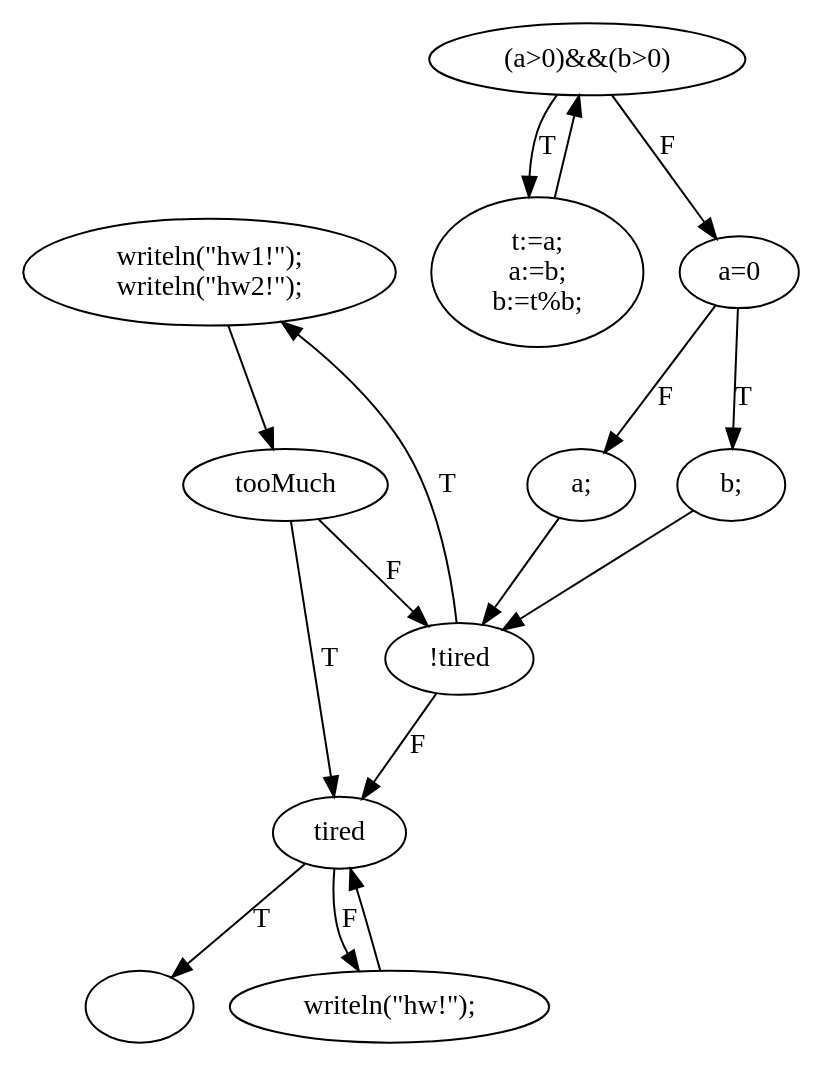
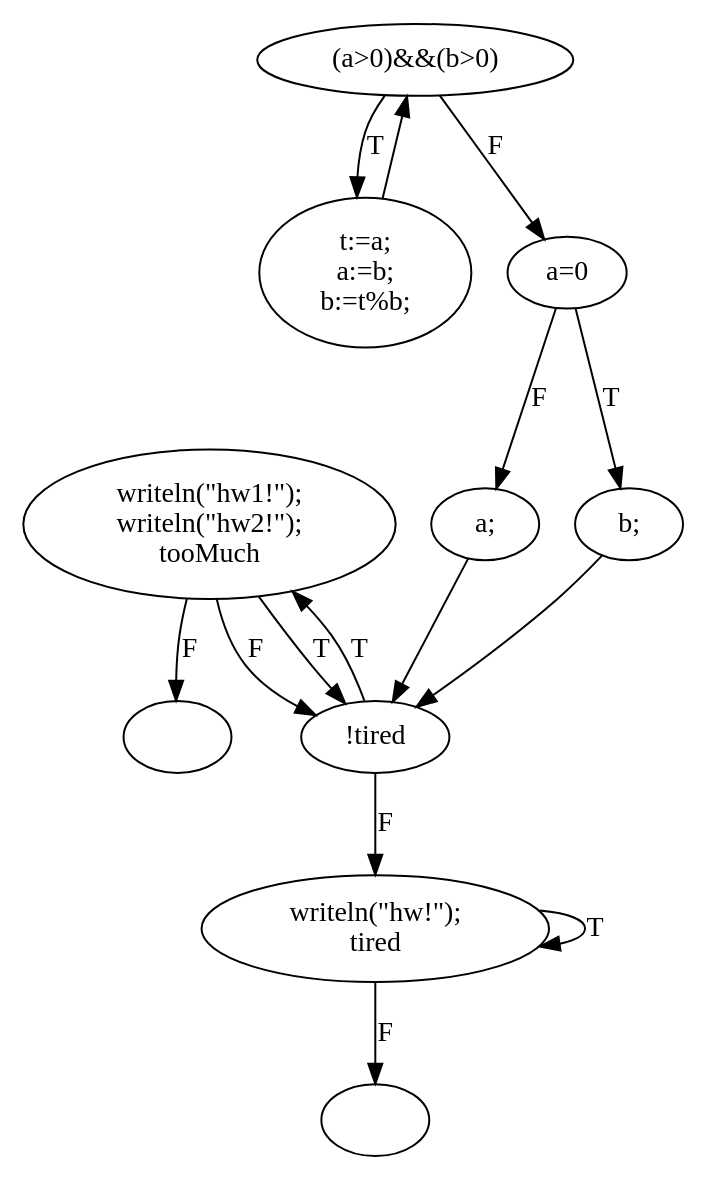
Before and after one commit to romagolchin/itmo-masters: the diagram in program-model-verification/output/lab2_cfg/while.gcd.dot, drawn with Graphviz. The commit also changed 129 other files, not shown here.

```diff
--- a/program-model-verification/output/lab2_cfg/while.gcd.dot
+++ b/program-model-verification/output/lab2_cfg/while.gcd.dot
@@ -1,31 +1,31 @@
 digraph {
-  0 [label="writeln(\"hw1!\");
-writeln(\"hw2!\");"];
-  1 [label=""];
-  2 [label="tired"];
-  3 [label="tooMuch"];
-  4 [label="a;"];
-  5 [label="!tired"];
-  6 [label="(a>0)&&(b>0)"];
-  7 [label="writeln(\"hw!\");"];
-  8 [label="t:=a;
+  0 [label=""];
+  1 [label="t:=a;
 a:=b;
 b:=t%b;"];
-  9 [label="b;"];
-  10 [label="a=0"];
-  9 -> 5 [label=""];
-  6 -> 10 [label="F"];
-  8 -> 6 [label=""];
+  2 [label="!tired"];
+  3 [label="writeln(\"hw1!\");
+writeln(\"hw2!\");
+tooMuch"];
+  4 [label="writeln(\"hw!\");
+tired"];
+  5 [label=""];
+  6 [label="(a>0)&&(b>0)"];
+  7 [label="a;"];
+  8 [label="b;"];
+  9 [label="a=0"];
+  2 -> 4 [label="F"];
+  4 -> 5 [label="F"];
   7 -> 2 [label=""];
-  6 -> 8 [label="T"];
-  2 -> 7 [label="F"];
-  4 -> 5 [label=""];
-  5 -> 0 [label="T"];
-  5 -> 2 [label="F"];
-  10 -> 9 [label="T"];
-  0 -> 3 [label=""];
-  10 -> 4 [label="F"];
-  2 -> 1 [label="T"];
-  3 -> 5 [label="F"];
+  3 -> 0 [label="F"];
+  6 -> 9 [label="F"];
+  3 -> 2 [label="F"];
+  8 -> 2 [label=""];
   3 -> 2 [label="T"];
+  9 -> 8 [label="T"];
+  4 -> 4 [label="T"];
+  1 -> 6 [label=""];
+  2 -> 3 [label="T"];
+  9 -> 7 [label="F"];
+  6 -> 1 [label="T"];
 }
```
